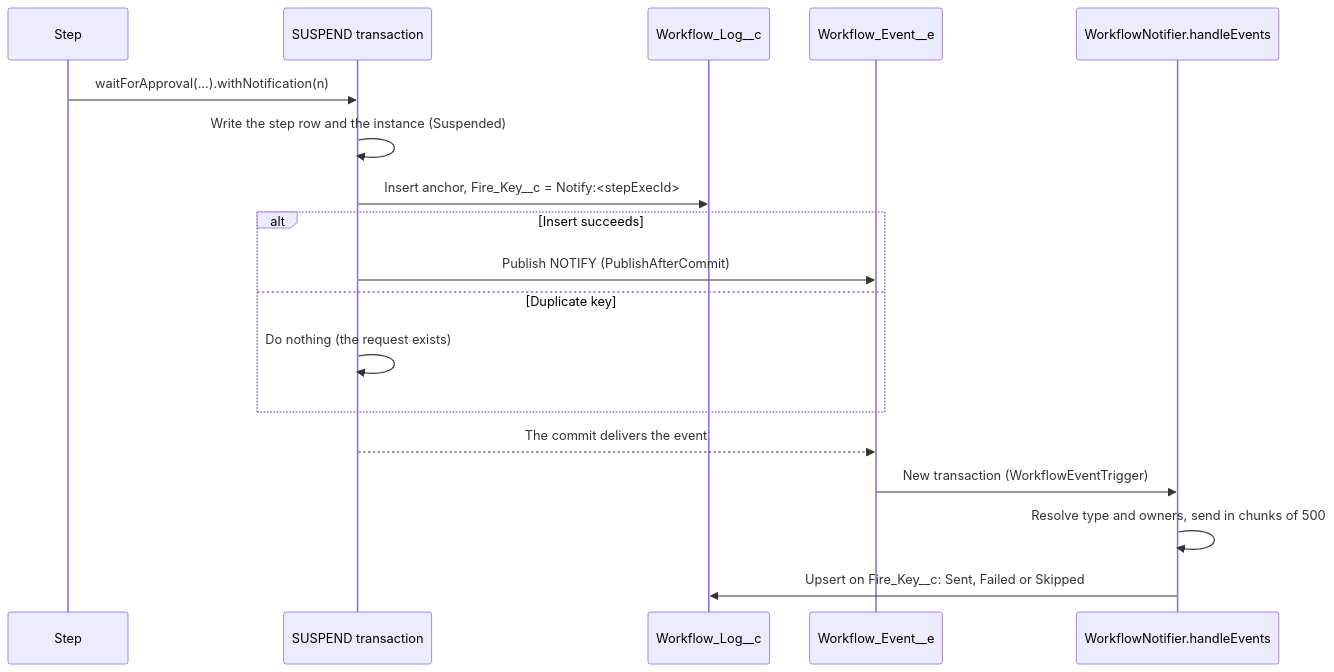
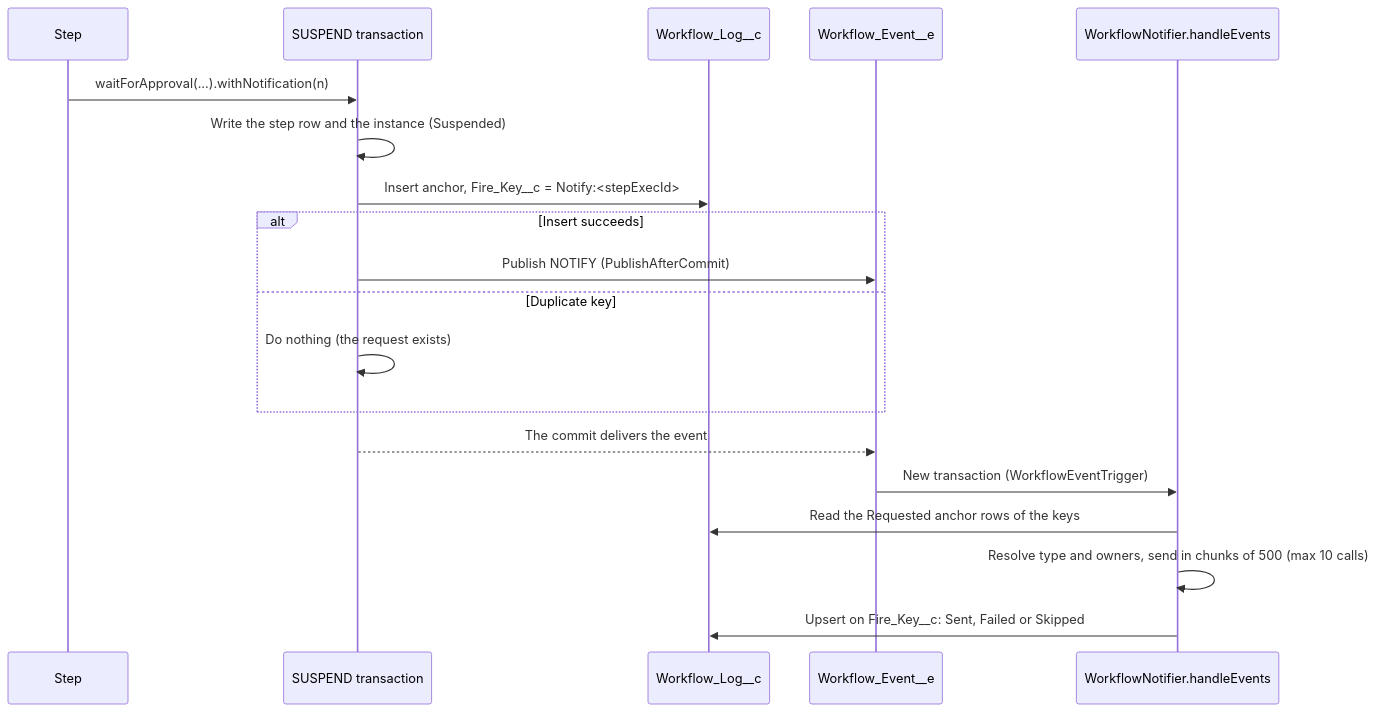
The diagram in docs/approver-notifications.md (madmax983/revenant), drawn with Mermaid before and after one commit. The commit also changed other lines of this file and 7 other files, not shown here.

First line of the commit message:
fix(#123): send from the anchor row; max 10 send calls a pass

````diff
--- a/docs/approver-notifications.md
+++ b/docs/approver-notifications.md
@@ -51,20 +51,21 @@
 ```mermaid
 sequenceDiagram
     participant Step
     participant Engine as SUSPEND transaction
     participant Log as Workflow_Log__c
     participant Bus as Workflow_Event__e
     participant Notifier as WorkflowNotifier.handleEvents
     Step->>Engine: waitForApproval(...).withNotification(n)
     Engine->>Engine: Write the step row and the instance (Suspended)
     Engine->>Log: Insert anchor, Fire_Key__c = Notify:<stepExecId>
     alt Insert succeeds
         Engine->>Bus: Publish NOTIFY (PublishAfterCommit)
     else Duplicate key
         Engine->>Engine: Do nothing (the request exists)
     end
     Engine-->>Bus: The commit delivers the event
     Bus->>Notifier: New transaction (WorkflowEventTrigger)
-    Notifier->>Notifier: Resolve type and owners, send in chunks of 500
+    Notifier->>Log: Read the Requested anchor rows of the keys
+    Notifier->>Notifier: Resolve type and owners, send in chunks of 500 (max 10 calls)
     Notifier->>Log: Upsert on Fire_Key__c: Sent, Failed or Skipped
 ```
````
